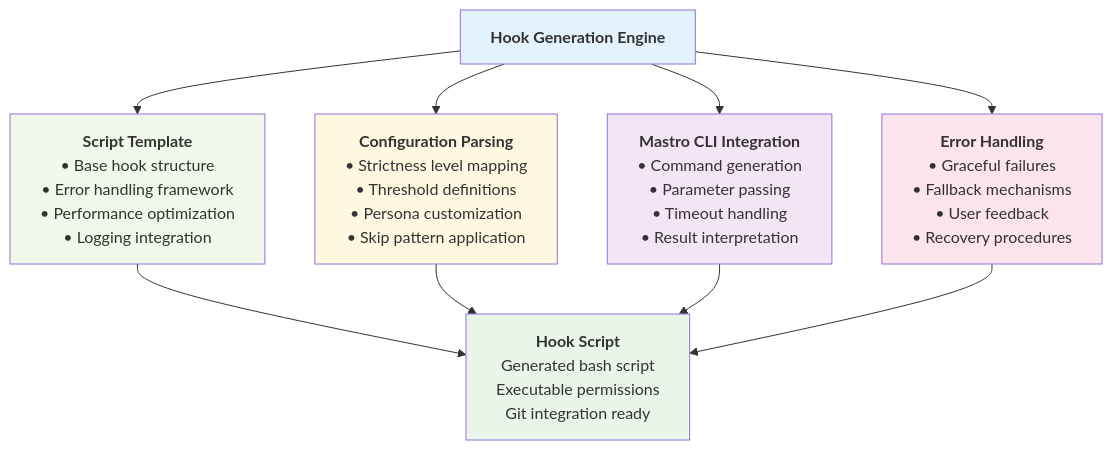
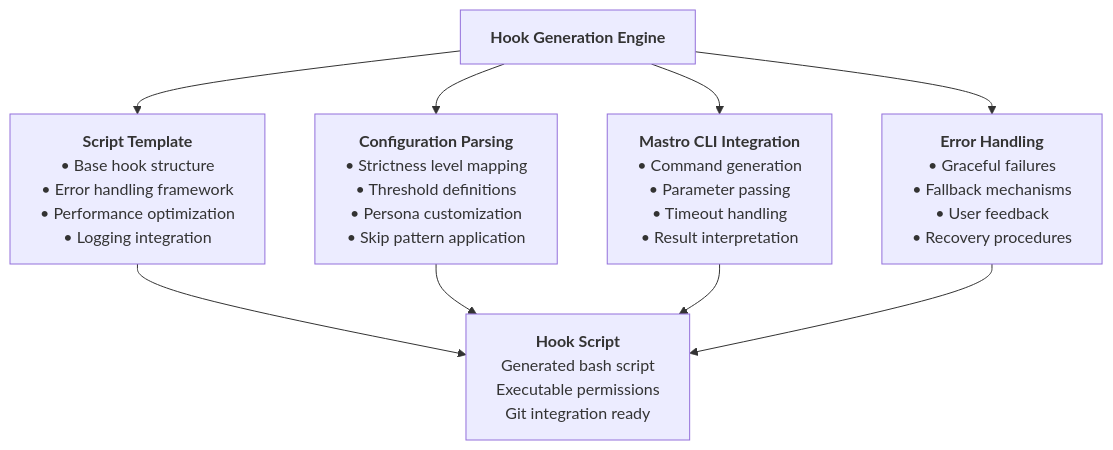
The second of 10 diagrams in docs/diagrams/mastro-hooks-flow.md (geogoesbeepboop/mastro), drawn with Mermaid before and after one commit. The commit also changed other lines of this file and 5 other files, not shown here.

First line of the commit message:
docs: update analytics and flow diagrams for clarity

````diff
--- a/docs/diagrams/mastro-hooks-flow.md
+++ b/docs/diagrams/mastro-hooks-flow.md
@@ -98,42 +100,44 @@
 ```mermaid
+
 graph TB
     HGE["`**Hook Generation Engine**`"] --> ST["`**Script Template**
     • Base hook structure
     • Error handling framework
     • Performance optimization
     • Logging integration`"]
     
     HGE --> CP["`**Configuration Parsing**
     • Strictness level mapping
     • Threshold definitions
     • Persona customization
     • Skip pattern application`"]
     
     HGE --> MC["`**Mastro CLI Integration**
     • Command generation
     • Parameter passing
     • Timeout handling
     • Result interpretation`"]
     
     HGE --> EH["`**Error Handling**
     • Graceful failures
     • Fallback mechanisms
     • User feedback
     • Recovery procedures`"]
     
     ST --> HS["`**Hook Script**
     Generated bash script
     Executable permissions
     Git integration ready`"]
     
     CP --> HS
     MC --> HS
     EH --> HS
 
-    style HGE fill:#e3f2fd
-    style ST fill:#f1f8e9
-    style CP fill:#fff8e1
-    style MC fill:#f3e5f5
-    style EH fill:#fce4ec
-    style HS fill:#e8f5e8
+    style HGE fill:#e3f2fd color:#000000
+    style ST fill:#f1f8e9 color:#000000
+    style CP fill:#fff8e1 color:#000000
+    style MC fill:#f3e5f5 color:#000000
+    style EH fill:#fce4ec color:#000000
+    style HS fill:#e8f5e8 color:#000000
+
 ```
````
